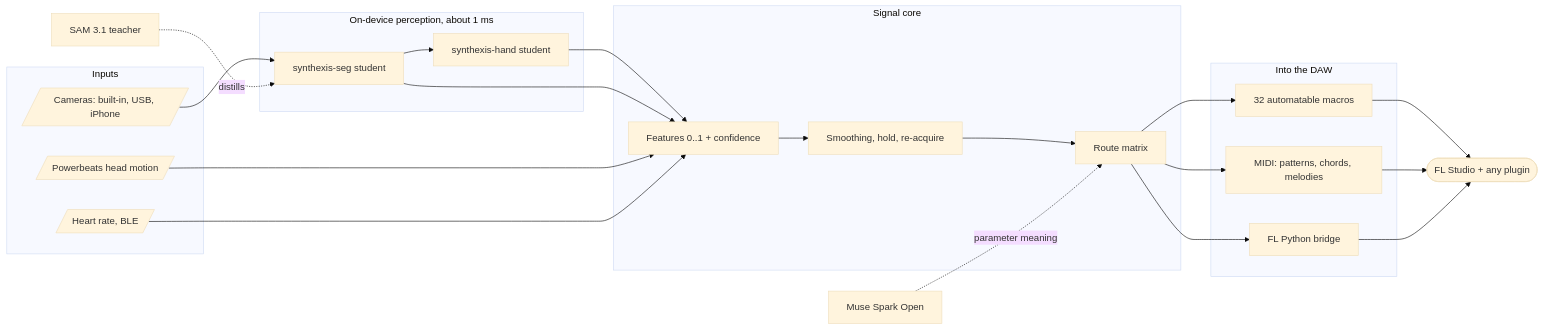
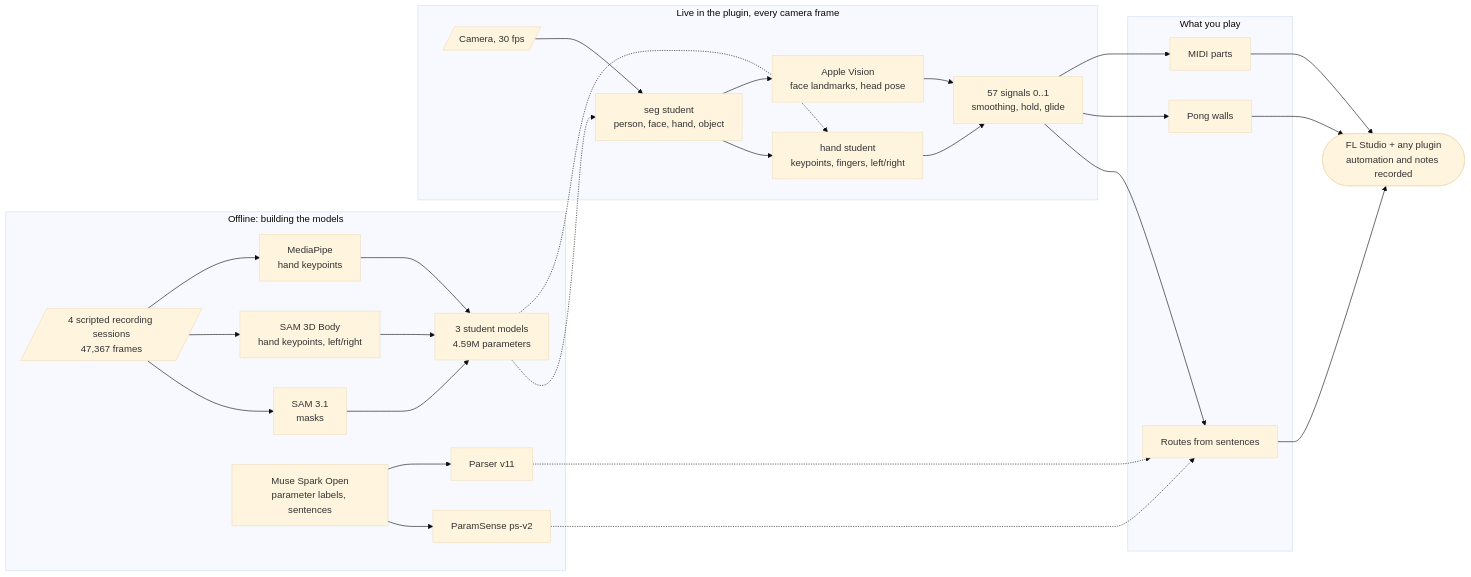
One commit to smashburger-dev/synthexis changed the first of 5 diagrams in README.md. Above: the diagram before and after it, drawn with Mermaid (base theme). The commit also changed other lines of this file and 125 other files, not shown here.

````diff
--- a/README.md
+++ b/README.md
@@ -28,32 +84,35 @@
 ```mermaid
 flowchart LR
-    subgraph inputs ["Inputs"]
-        cams[/"Cameras: built-in, USB, iPhone"/]
-        hp[/"Powerbeats head motion"/]
-        hr[/"Heart rate, BLE"/]
+    subgraph offline ["Offline: building the models"]
+        rec[/"4 scripted recording sessions<br/>47,367 frames"/]
+        sam["SAM 3.1<br/>masks"]
+        s3d["SAM 3D Body<br/>hand keypoints, left/right"]
+        mp["MediaPipe<br/>hand keypoints"]
+        spark["Muse Spark Open<br/>parameter labels, sentences"]
+        stu["3 student models<br/>4.59M parameters"]
+        ps["ParamSense ps-v2"]
+        parser["Parser v11"]
+        rec --> sam & s3d & mp --> stu
+        spark --> ps
+        spark --> parser
     end
-    subgraph perception ["On-device perception, about 1 ms"]
-        seg["synthexis-seg student"]
-        hand["synthexis-hand student"]
+    subgraph live ["Live in the plugin, every camera frame"]
+        cam[/"Camera, 30 fps"/]
+        seg["seg student<br/>person, face, hand, object"]
+        hand["hand student<br/>keypoints, fingers, left/right"]
+        vis["Apple Vision<br/>face landmarks, head pose"]
+        sig["57 signals 0..1<br/>smoothing, hold, glide"]
+        cam --> seg --> hand --> sig
+        seg --> vis --> sig
     end
-    subgraph core ["Signal core"]
-        feat["Features 0..1 + confidence"]
-        cond["Smoothing, hold, re-acquire"]
-        matrix["Route matrix"]
+    subgraph play ["What you play"]
+        routes["Routes from sentences"]
+        pong["Pong walls"]
+        midi["MIDI parts"]
     end
-    subgraph out ["Into the DAW"]
-        macros["32 automatable macros"]
-        midi["MIDI: patterns, chords, melodies"]
-        bridge["FL Python bridge"]
-    end
-    fl(["FL Studio + any plugin"])
-    sam["SAM 3.1 teacher"]
-    spark["Muse Spark Open"]
-
-    cams --> seg --> hand --> feat
-    seg --> feat
-    hp & hr --> feat
-    feat --> cond --> matrix --> macros & midi & bridge --> fl
-    sam -.->|"distills"| seg
-    spark -.->|"parameter meaning"| matrix
+    fl(["FL Studio + any plugin<br/>automation and notes recorded"])
+    stu -.-> seg & hand
+    ps -.-> routes
+    parser -.-> routes
+    sig --> routes & pong & midi --> fl
 ```
````
